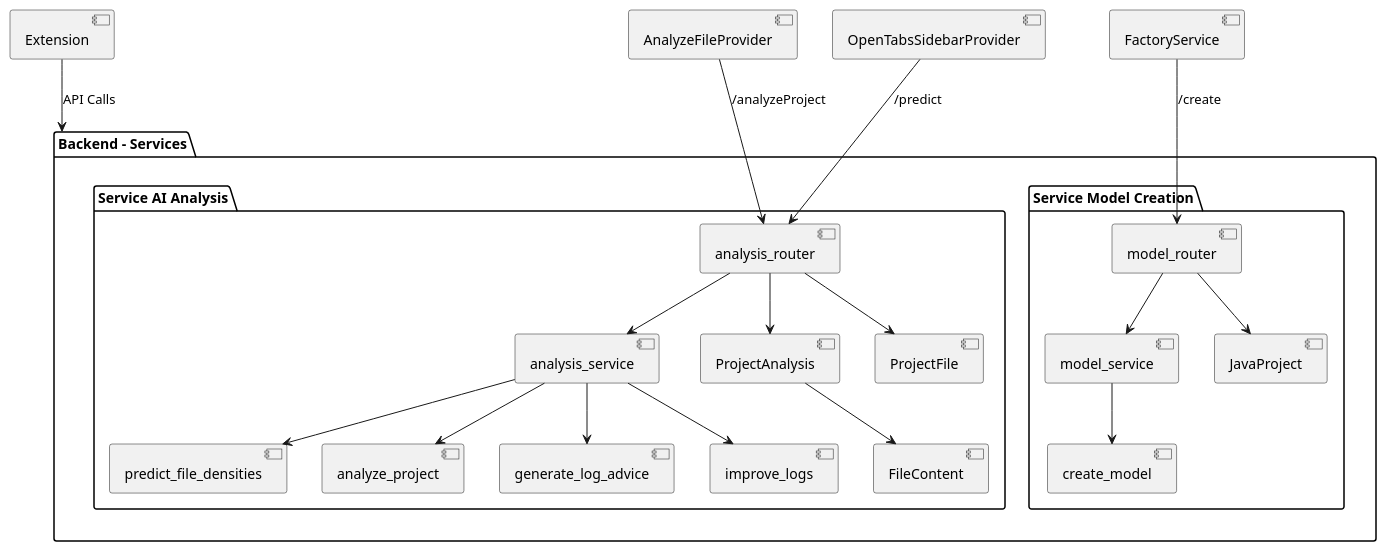
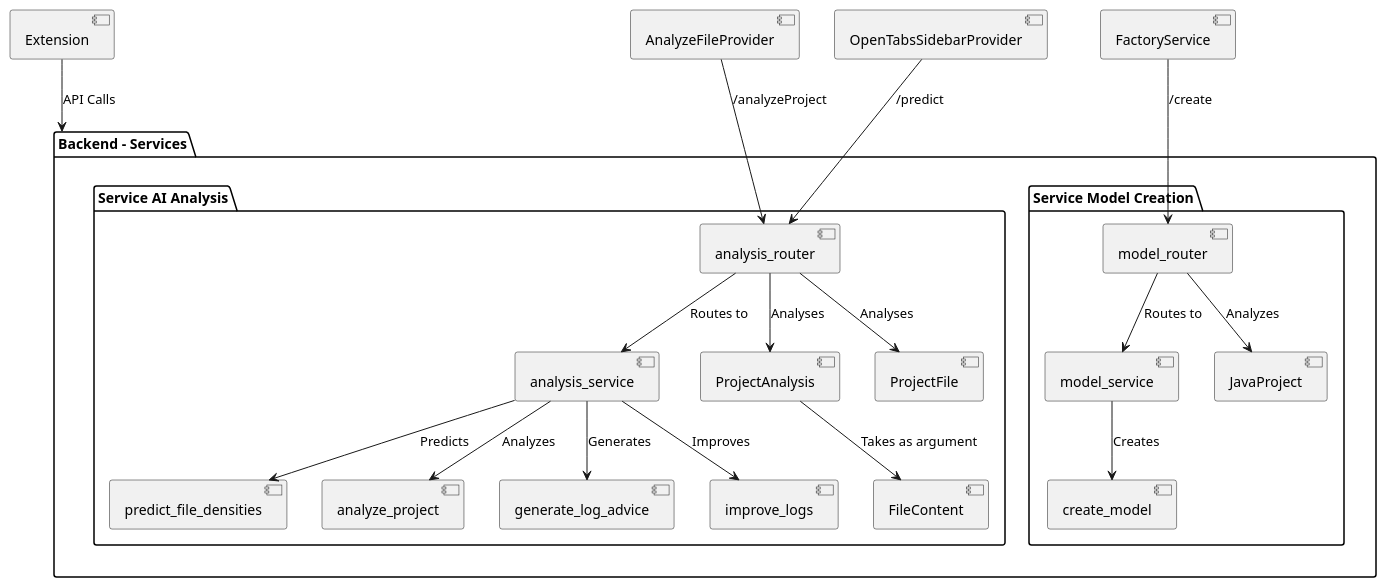
One commit to lucas-cimino/log-density-plugin-h25 changed the diagram in docs/resources/artifacts/system - logdensitytool.puml. Above: the diagram before and after it, drawn with PlantUML.

Commit message:
Modifications to System Diagram

```diff
--- a/docs/resources/artifacts/system - logdensitytool.puml
+++ b/docs/resources/artifacts/system - logdensitytool.puml
@@ -1,25 +1,25 @@
 package "Backend - Services" {
     package "Service AI Analysis" {
-        [analysis_router] --> [analysis_service]
-        [analysis_router] --> [ProjectAnalysis]
-        [analysis_router] --> [ProjectFile]
-        [analysis_service] --> [predict_file_densities]
-        [analysis_service] --> [analyze_project]
-        [analysis_service] --> [generate_log_advice]
-        [analysis_service] --> [improve_logs]
-        [ProjectAnalysis] --> [FileContent]
+        [analysis_router] --> [analysis_service]: Routes to
+        [analysis_router] --> [ProjectAnalysis]: Analyses
+        [analysis_router] --> [ProjectFile]: Analyses
+        [analysis_service] --> [predict_file_densities]: Predicts
+        [analysis_service] --> [analyze_project]: Analyzes
+        [analysis_service] --> [generate_log_advice]: Generates
+        [analysis_service] --> [improve_logs]: Improves
+        [ProjectAnalysis] --> [FileContent]: Takes as argument
     }
 
     package "Service Model Creation" {
-        [model_router] --> [model_service]
-        [model_router] --> [JavaProject]
-        [model_service] --> [create_model]
+        [model_router] --> [model_service]: Routes to
+        [model_router] --> [JavaProject]: Analyzes
+        [model_service] --> [create_model]: Creates
     }
 }
 
 [Extension] --> [Backend - Services] : API Calls
 [AnalyzeFileProvider] --> [analysis_router] : /analyzeProject
 [OpenTabsSidebarProvider] --> [analysis_router] : /predict
 [FactoryService] --> [model_router] : /create
 
 @enduml
```
